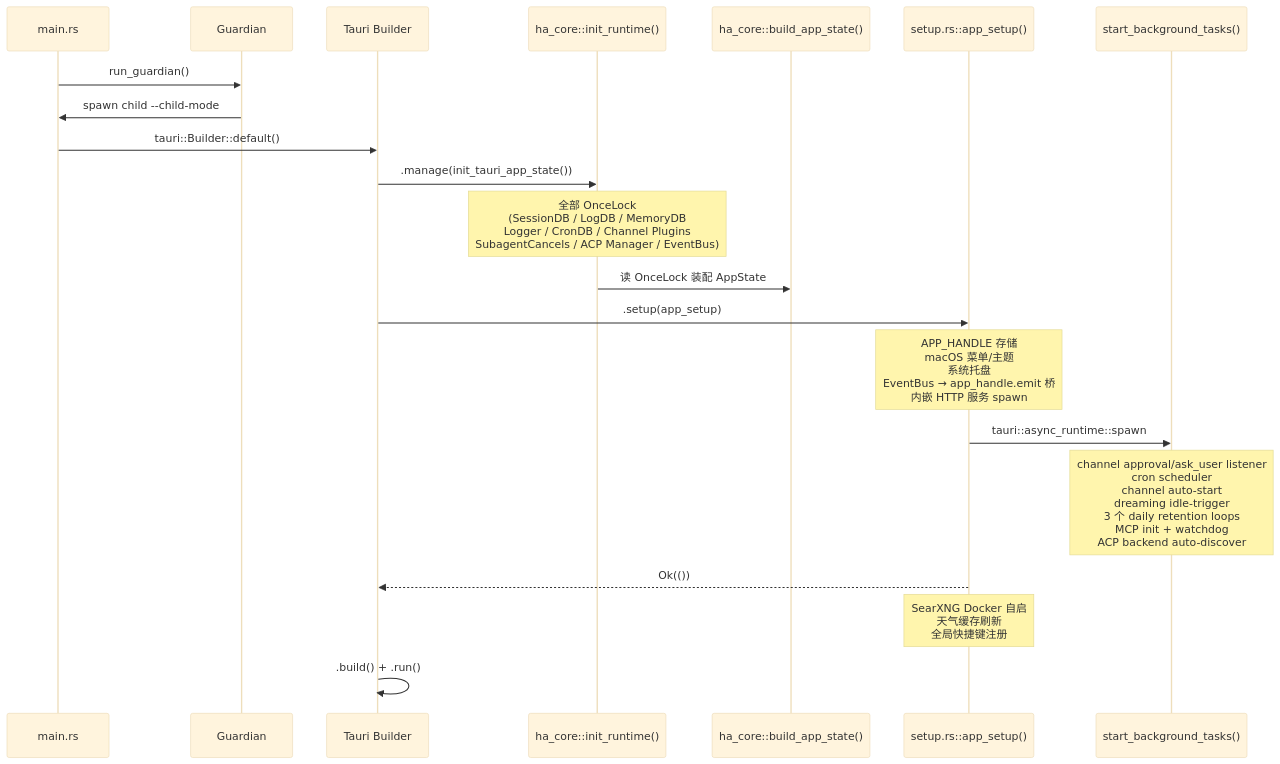
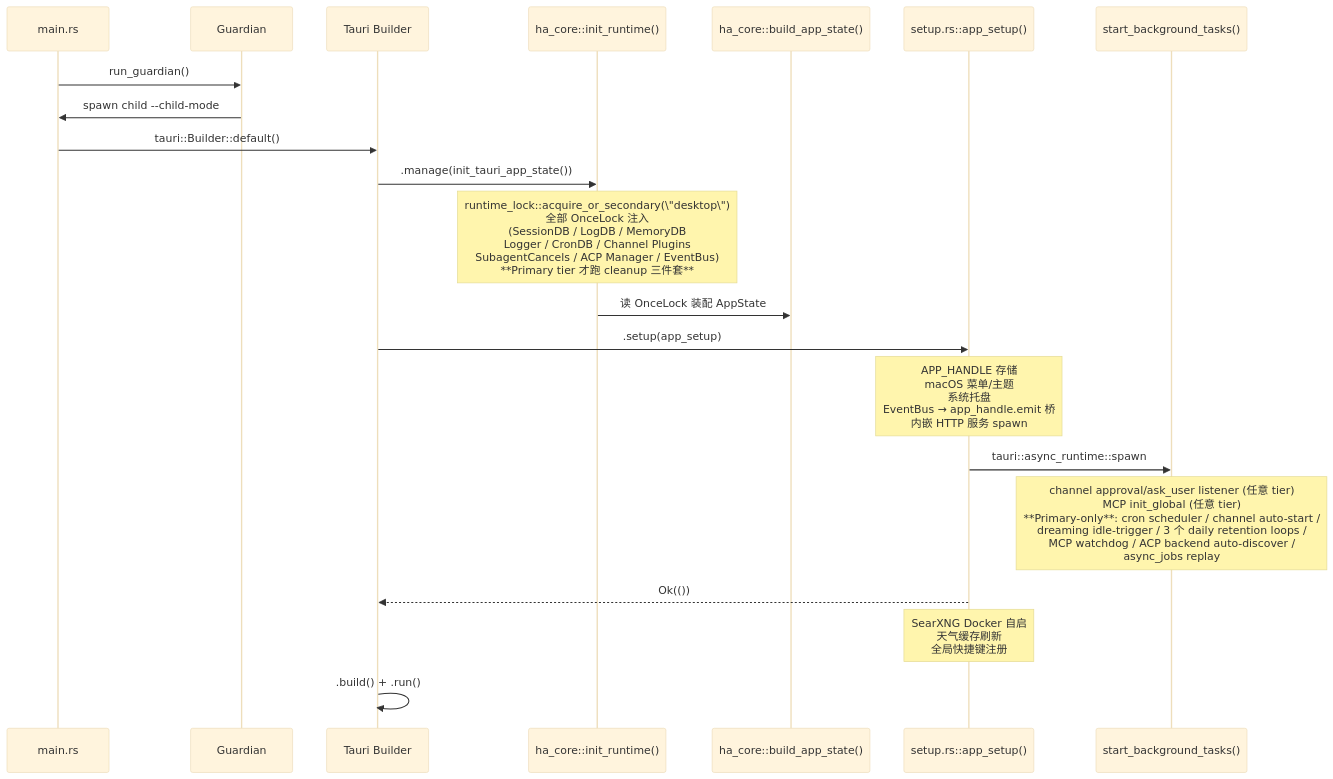
One commit to shiwenwen/hope-agent changed the fifth of 9 diagrams in docs/architecture/backend-separation.md. Above: the diagram before and after it, drawn with Mermaid (base theme). The commit also changed other lines of this file and 3 other files, not shown here.

First line of the commit message:
docs: document Primary/Secondary tiering + multi-process safety

````diff
--- a/docs/architecture/backend-separation.md
+++ b/docs/architecture/backend-separation.md
@@ -290,24 +290,24 @@
 ```mermaid
 sequenceDiagram
     participant Main as main.rs
     participant Guard as Guardian
     participant Tauri as Tauri Builder
     participant Init as ha_core::init_runtime()
     participant Build as ha_core::build_app_state()
     participant Setup as setup.rs::app_setup()
     participant BG as start_background_tasks()
 
     Main->>Guard: run_guardian()
     Guard->>Main: spawn child --child-mode
     Main->>Tauri: tauri::Builder::default()
     Tauri->>Init: .manage(init_tauri_app_state())
-    Note over Init: 全部 OnceLock<br/>(SessionDB / LogDB / MemoryDB<br/>Logger / CronDB / Channel Plugins<br/>SubagentCancels / ACP Manager / EventBus)
+    Note over Init: runtime_lock::acquire_or_secondary(\"desktop\")<br/>全部 OnceLock 注入<br/>(SessionDB / LogDB / MemoryDB<br/>Logger / CronDB / Channel Plugins<br/>SubagentCancels / ACP Manager / EventBus)<br/>**Primary tier 才跑 cleanup 三件套**
     Init->>Build: 读 OnceLock 装配 AppState
     Tauri->>Setup: .setup(app_setup)
     Note over Setup: APP_HANDLE 存储<br/>macOS 菜单/主题<br/>系统托盘<br/>EventBus → app_handle.emit 桥<br/>内嵌 HTTP 服务 spawn
     Setup->>BG: tauri::async_runtime::spawn
-    Note over BG: channel approval/ask_user listener<br/>cron scheduler<br/>channel auto-start<br/>dreaming idle-trigger<br/>3 个 daily retention loops<br/>MCP init + watchdog<br/>ACP backend auto-discover
+    Note over BG: channel approval/ask_user listener (任意 tier)<br/>MCP init_global (任意 tier)<br/>**Primary-only**: cron scheduler / channel auto-start /<br/>dreaming idle-trigger / 3 个 daily retention loops /<br/>MCP watchdog / ACP backend auto-discover /<br/>async_jobs replay
     Setup-->>Tauri: Ok(())
     Note over Setup: SearXNG Docker 自启<br/>天气缓存刷新<br/>全局快捷键注册
     Tauri->>Tauri: .build() + .run()
 ```
````
